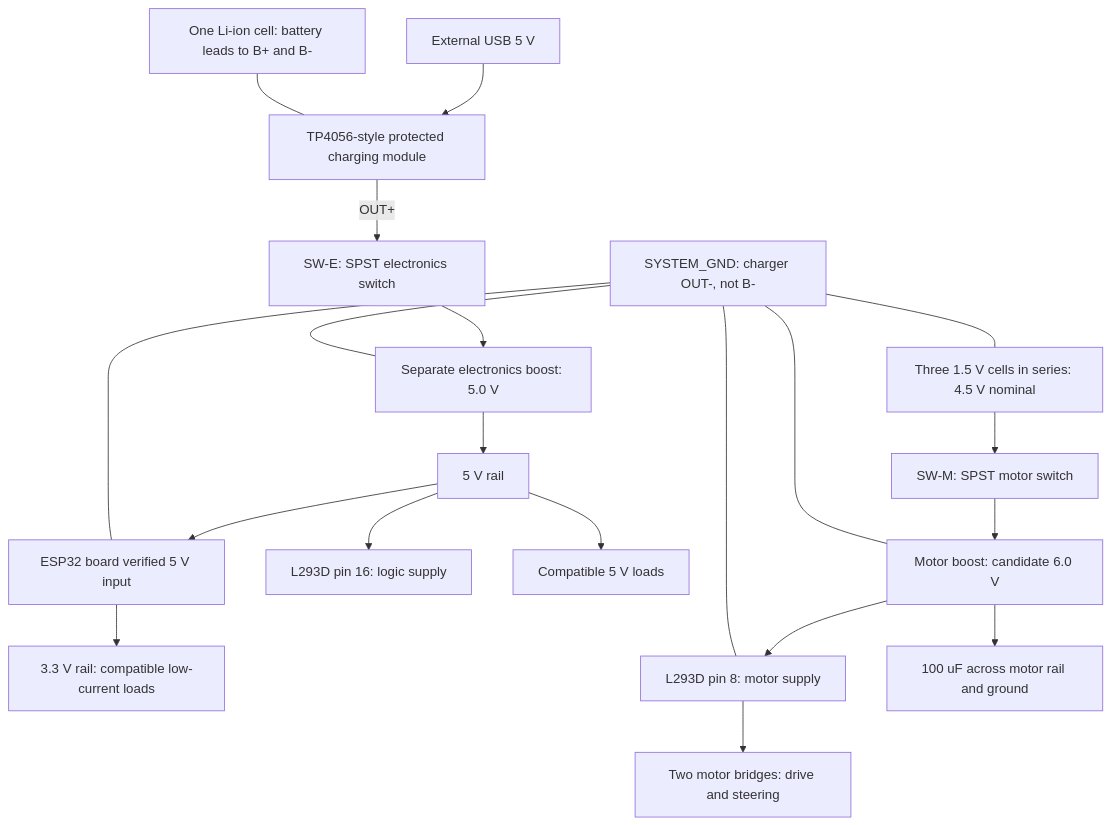
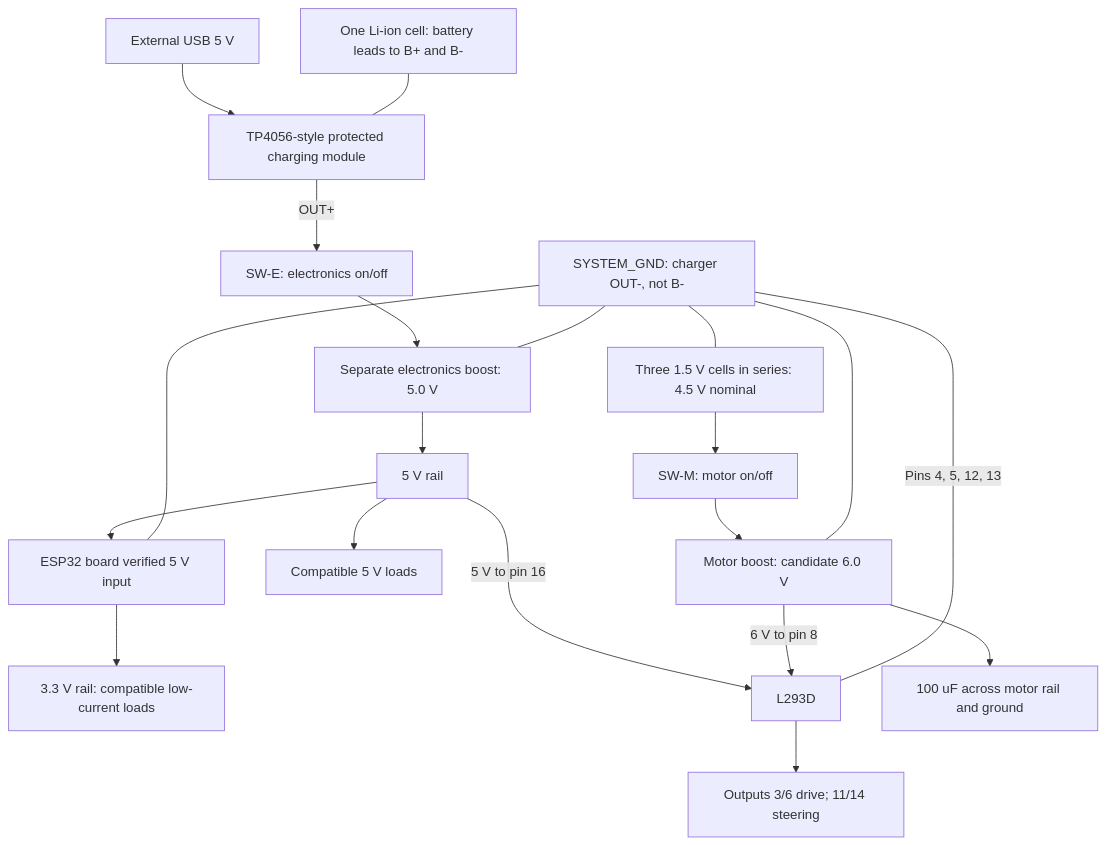
Before and after one commit to JS2028EE/Dual-Motor-V2: the second of 2 diagrams in diagrams/README.md, drawn with Mermaid. The commit also changed other lines of this file and 17 other files, not shown here.

````diff
--- a/diagrams/README.md
+++ b/diagrams/README.md
@@ -28,24 +28,24 @@
 ```mermaid
 flowchart TD
     USB["External USB 5 V"] --> Charger["TP4056-style protected charging module"]
     Cell["One Li-ion cell: battery leads to B+ and B-"] --- Charger
-    Charger -->|"OUT+"| SWE["SW-E: SPST electronics switch"]
+    Charger -->|"OUT+"| SWE["SW-E: electronics on/off"]
     SWE --> BoostE["Separate electronics boost: 5.0 V"]
     BoostE --> Rail5["5 V rail"]
     Rail5 --> ESP["ESP32 board verified 5 V input"]
     ESP --> Rail3["3.3 V rail: compatible low-current loads"]
-    Rail5 --> Logic["L293D pin 16: logic supply"]
+    Rail5 -->|"5 V to pin 16"| DriverPower
     Rail5 --> Loads["Compatible 5 V loads"]
 
-    AA["Three 1.5 V cells in series: 4.5 V nominal"] --> SWM["SW-M: SPST motor switch"]
+    AA["Three 1.5 V cells in series: 4.5 V nominal"] --> SWM["SW-M: motor on/off"]
     SWM --> BoostM["Motor boost: candidate 6.0 V"]
-    BoostM --> VM["L293D pin 8: motor supply"]
+    BoostM -->|"6 V to pin 8"| DriverPower["L293D"]
     BoostM --> Cap["100 uF across motor rail and ground"]
-    VM --> Motors["Two motor bridges: drive and steering"]
+    DriverPower --> Motors["Outputs 3/6 drive; 11/14 steering"]
 
     GND["SYSTEM_GND: charger OUT-, not B-"] --- AA
     GND --- ESP
-    GND --- VM
+    GND ---|"Pins 4, 5, 12, 13"| DriverPower
     GND --- BoostE
     GND --- BoostM
 ```
````
